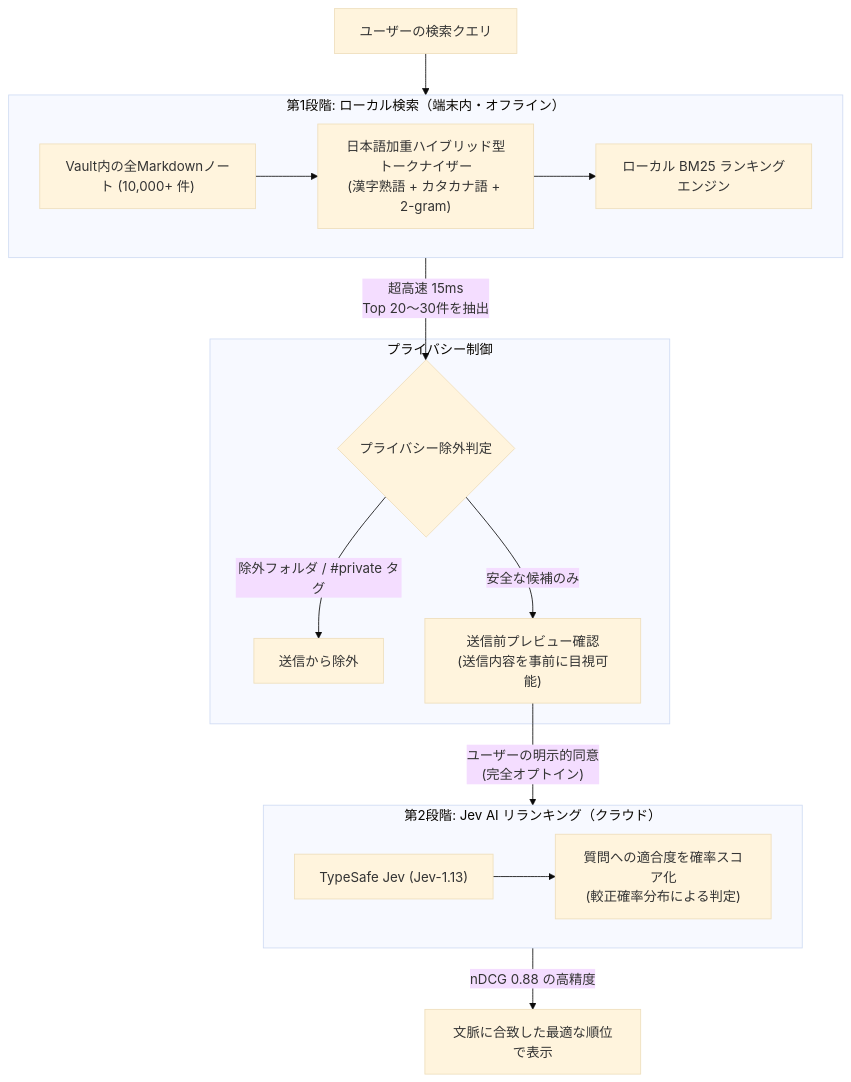
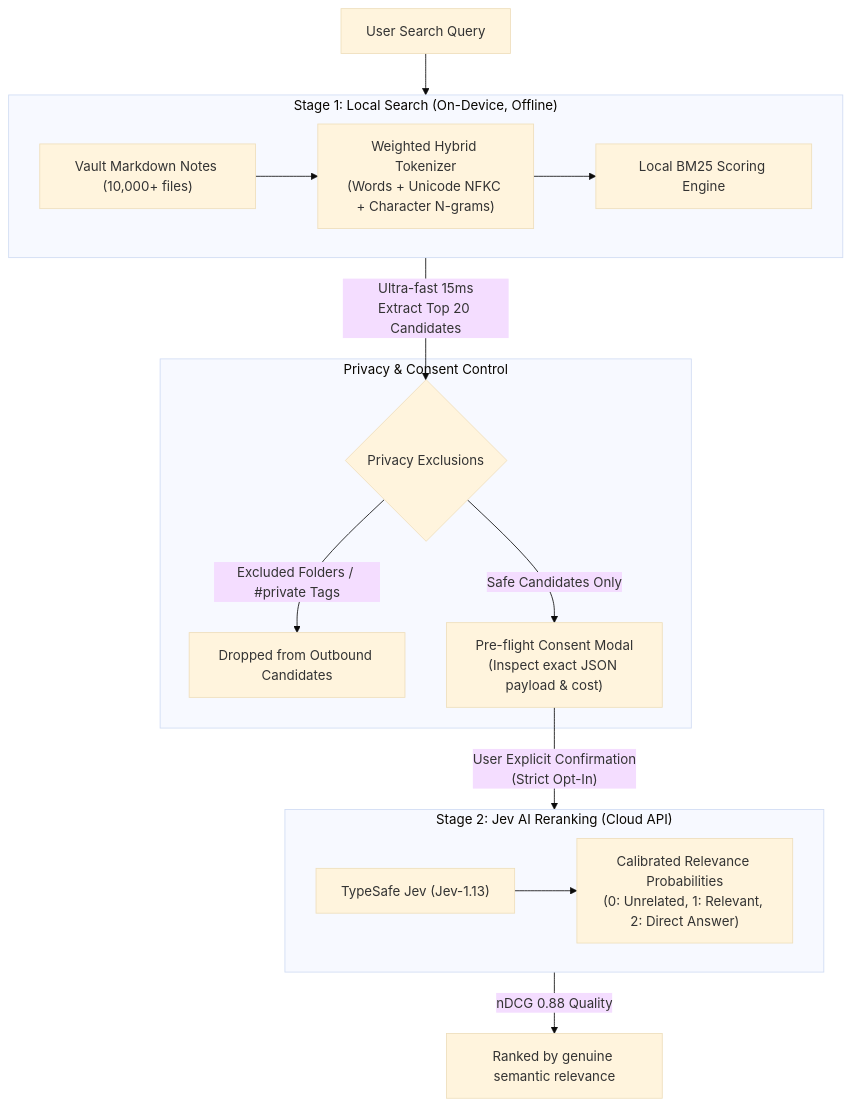
Before and after one commit to jh1373/jev-search: the diagram in README.md, drawn with Mermaid (base theme). The commit also changed other lines of this file and 3 other files, not shown here.

````diff
--- a/README.md
+++ b/README.md
@@ -43,28 +45,28 @@
 ```mermaid
 flowchart TD
-    Query["ユーザーの検索クエリ"] --> Step1
+    Query["User Search Query"] --> Step1
 
-    subgraph Step1["第1段階: ローカル検索（端末内・オフライン）"]
-        L1["Vault内の全Markdownノート (10,000+ 件)"]
-        L2["日本語加重ハイブリッド型トークナイザー<br/>(漢字熟語 + カタカナ語 + 2-gram)"]
-        L3["ローカル BM25 ランキングエンジン"]
+    subgraph Step1["Stage 1: Local Search (On-Device, Offline)"]
+        L1["Vault Markdown Notes (10,000+ files)"]
+        L2["Weighted Hybrid Tokenizer<br/>(Words + Unicode NFKC + Character N-grams)"]
+        L3["Local BM25 Scoring Engine"]
         L1 --> L2 --> L3
     end
 
-    Step1 -->|"超高速 15ms<br/>Top 20〜30件を抽出"| Filter{"プライバシー除外判定"}
+    Step1 -->|"Ultra-fast 15ms<br/>Extract Top 20 Candidates"| Filter{"Privacy Exclusions"}
 
-    subgraph Privacy["プライバシー制御"]
-        Filter -->|"除外フォルダ / #private タグ"| Blocked["送信から除外"]
-        Filter -->|"安全な候補のみ"| Preview["送信前プレビュー確認<br/>(送信内容を事前に目視可能)"]
+    subgraph Privacy["Privacy & Consent Control"]
+        Filter -->|"Excluded Folders / #private Tags"| Blocked["Dropped from Outbound Candidates"]
+        Filter -->|"Safe Candidates Only"| Preview["Pre-flight Consent Modal<br/>(Inspect exact JSON payload & cost)"]
     end
 
-    Preview -->|"ユーザーの明示的同意<br/>(完全オプトイン)"| Step2
+    Preview -->|"User Explicit Confirmation<br/>(Strict Opt-In)"| Step2
 
-    subgraph Step2["第2段階: Jev AI リランキング（クラウド）"]
+    subgraph Step2["Stage 2: Jev AI Reranking (Cloud API)"]
         J1["TypeSafe Jev (Jev-1.13)"]
-        J2["質問への適合度を確率スコア化<br/>(較正確率分布による判定)"]
+        J2["Calibrated Relevance Probabilities<br/>(0: Unrelated, 1: Relevant, 2: Direct Answer)"]
         J1 --> J2
     end
 
-    Step2 -->|"nDCG 0.88 の高精度"| Result["文脈に合致した最適な順位で表示"]
+    Step2 -->|"nDCG 0.88 Quality"| Result["Ranked by genuine semantic relevance"]
 ```
````
